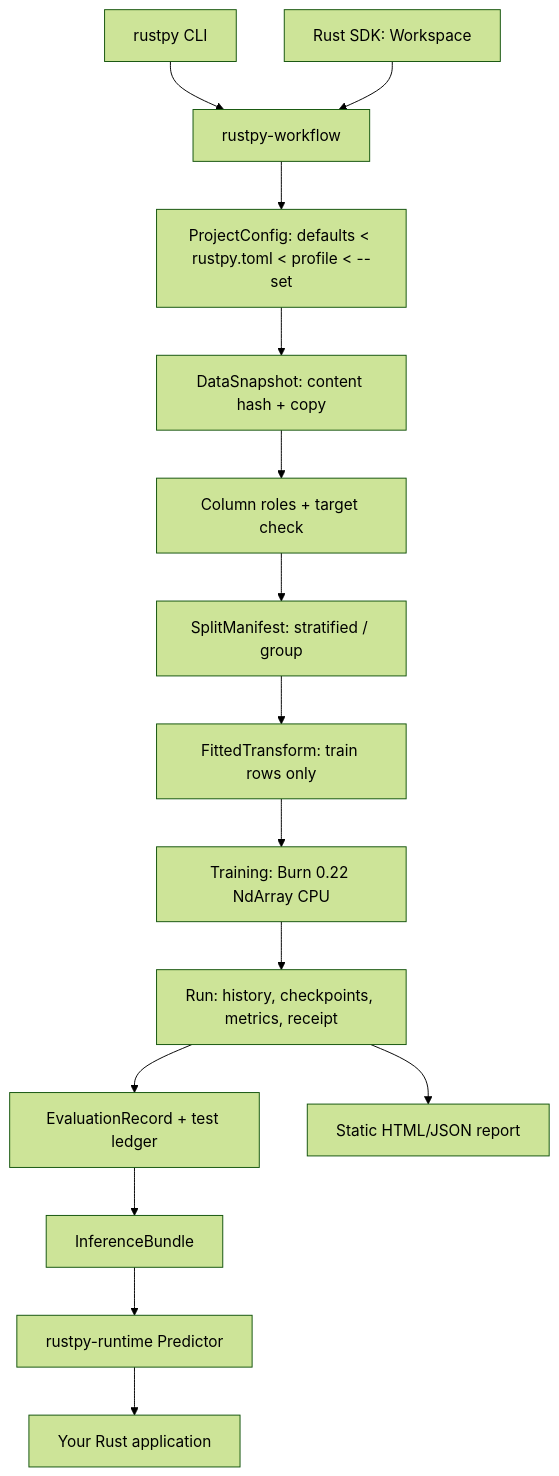
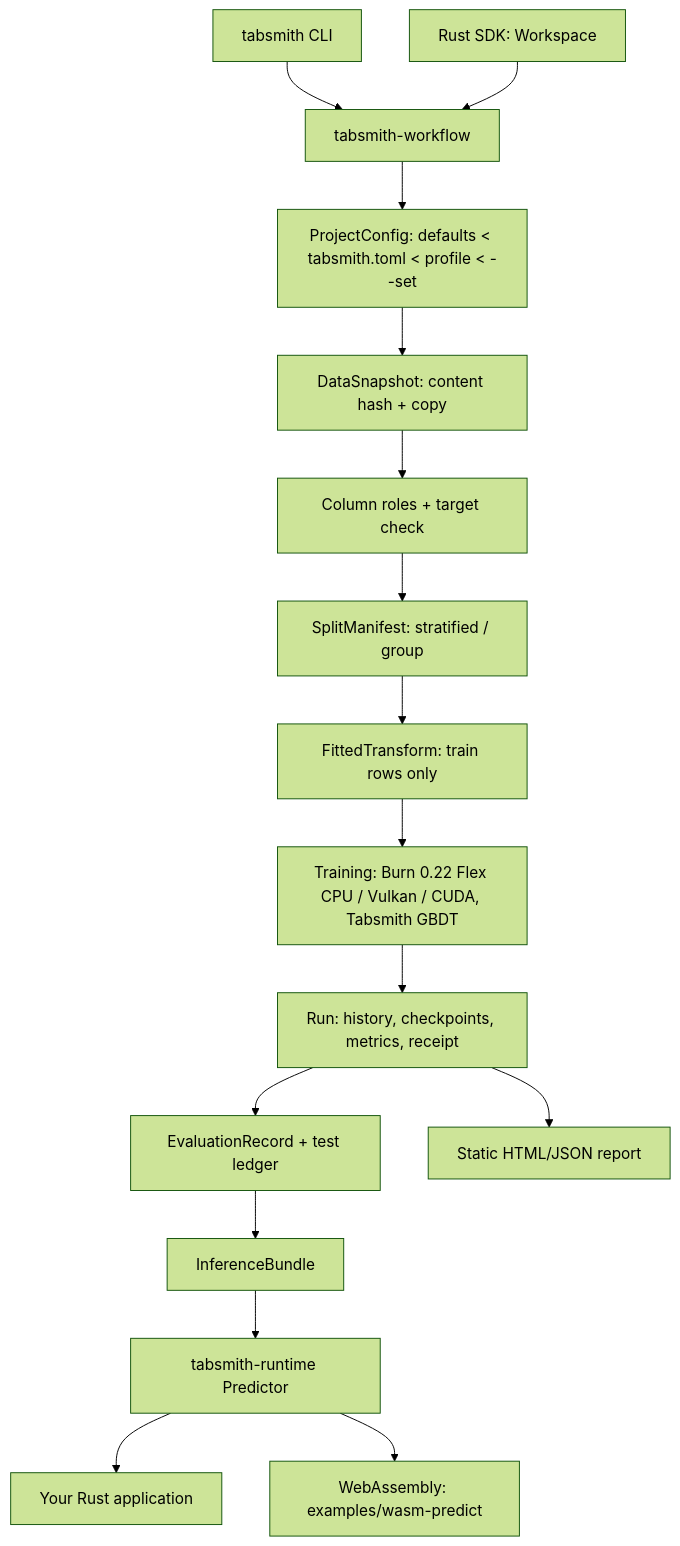
Before and after one commit to NatMartini/Tabsmith: the diagram in docs/architecture.md, drawn with Mermaid (forest theme). The commit also changed other lines of this file and 305 other files, not shown here.

````diff
--- a/docs/architecture.md
+++ b/docs/architecture.md
@@ -7,17 +7,18 @@
 ```mermaid
 flowchart TD
-    C[rustpy CLI] --> W[rustpy-workflow]
+    C[tabsmith CLI] --> W[tabsmith-workflow]
     S[Rust SDK: Workspace] --> W
-    W --> P[ProjectConfig: defaults < rustpy.toml < profile < --set]
+    W --> P[ProjectConfig: defaults < tabsmith.toml < profile < --set]
     P --> D[DataSnapshot: content hash + copy]
     D --> R[Column roles + target check]
     R --> SP[SplitManifest: stratified / group]
     SP --> F[FittedTransform: train rows only]
-    F --> T[Training: Burn 0.22 NdArray CPU]
+    F --> T[Training: Burn 0.22 Flex CPU / Vulkan / CUDA, Tabsmith GBDT]
     T --> RUN[Run: history, checkpoints, metrics, receipt]
     RUN --> E[EvaluationRecord + test ledger]
     E --> B[InferenceBundle]
-    B --> RT[rustpy-runtime Predictor]
+    B --> RT[tabsmith-runtime Predictor]
     RT --> A[Your Rust application]
+    RT --> WASM[WebAssembly: examples/wasm-predict]
     RUN --> REP[Static HTML/JSON report]
 ```
````
